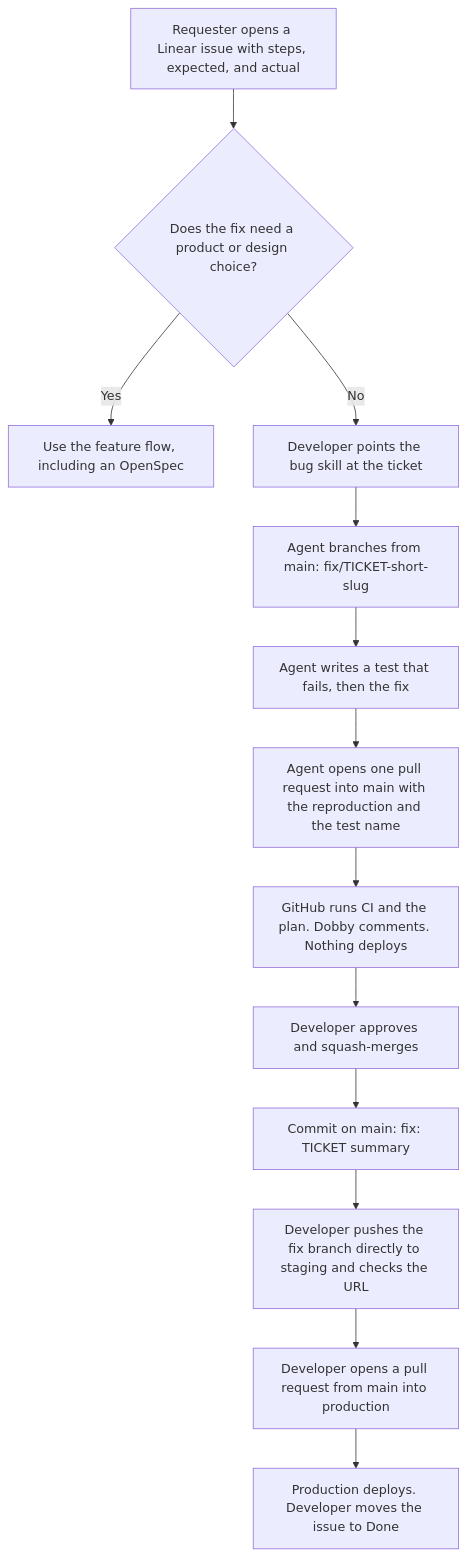
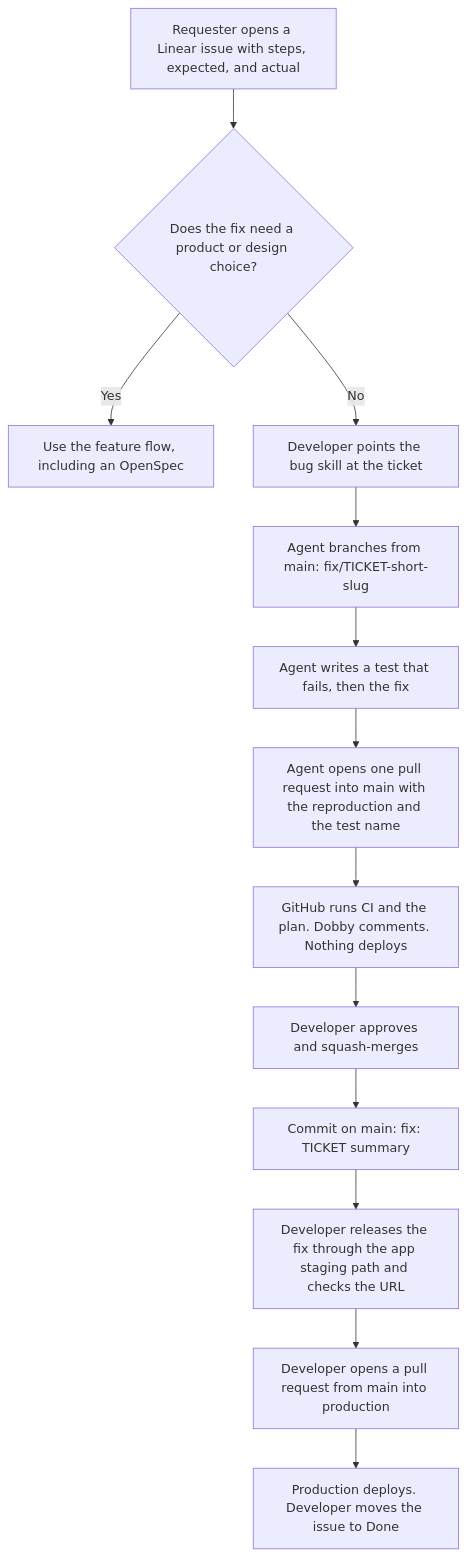
Before and after one commit to opptra/sdlc-resources: the third of 3 diagrams in docs/workflows.md, drawn with Mermaid. The commit also changed other lines of this file and 22 other files, not shown here.

````diff
--- a/docs/workflows.md
+++ b/docs/workflows.md
@@ -100,15 +100,15 @@
 ```mermaid
 flowchart TD
   A[Requester opens a Linear issue with steps, expected, and actual] --> B{Does the fix need a product or design choice?}
   B -->|Yes| C[Use the feature flow, including an OpenSpec]
   B -->|No| D[Developer points the bug skill at the ticket]
   D --> E["Agent branches from main: fix/TICKET-short-slug"]
   E --> F[Agent writes a test that fails, then the fix]
   F --> G[Agent opens one pull request into main with the reproduction and the test name]
   G --> H[GitHub runs CI and the plan. Dobby comments. Nothing deploys]
   H --> I[Developer approves and squash-merges]
   I --> J["Commit on main: fix: TICKET summary"]
-  J --> K[Developer pushes the fix branch directly to staging and checks the URL]
+  J --> K[Developer releases the fix through the app staging path and checks the URL]
   K --> L[Developer opens a pull request from main into production]
   L --> M[Production deploys. Developer moves the issue to Done]
 ```
````
